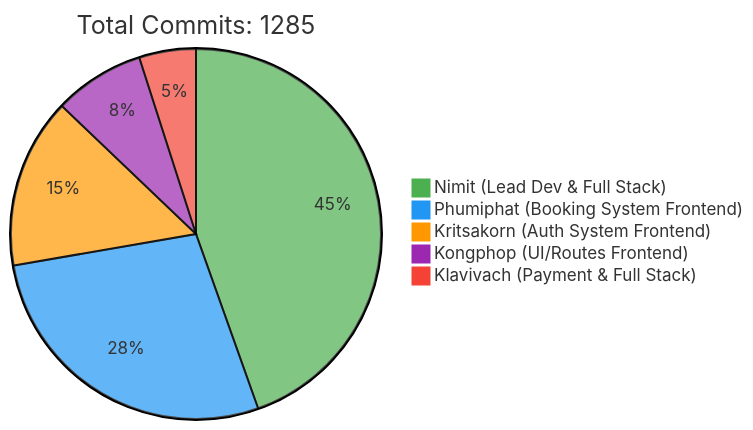
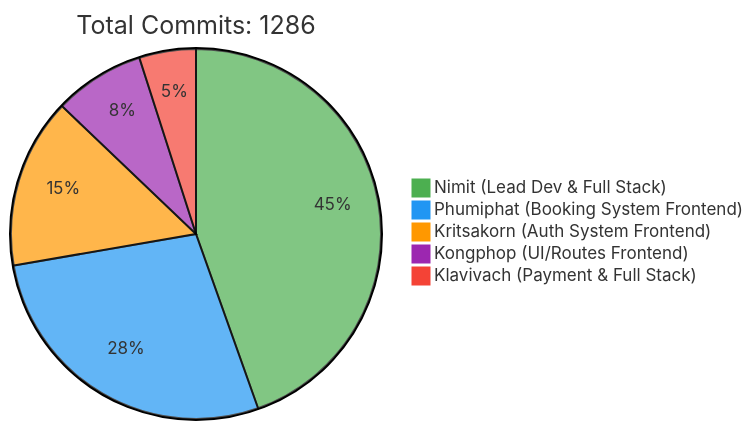
The first of 2 diagrams in README.md (6531503042/Sport-Complex), drawn with Mermaid before and after one commit. The commit also changed other lines of this file, not shown here.

Commit message:
docs: Update contributor statistics [skip ci]

````diff
--- a/README.md
+++ b/README.md
@@ -257,10 +257,10 @@
 ```mermaid
 %%{init: {'theme': 'base', 'themeVariables': { 'pie1': '#4CAF50', 'pie2': '#2196F3', 'pie3': '#FF9800', 'pie4': '#9C27B0', 'pie5': '#F44336'}}}%%
 pie
-    title Total Commits: 1285
+    title Total Commits: 1286
     "Nimit (Lead Dev & Full Stack)" : 450
     "Phumiphat (Booking System Frontend)" : 280
     "Kritsakorn (Auth System Frontend)" : 150
     "Kongphop (UI/Routes Frontend)" : 80
     "Klavivach (Payment & Full Stack)" : 50
 ```
````
